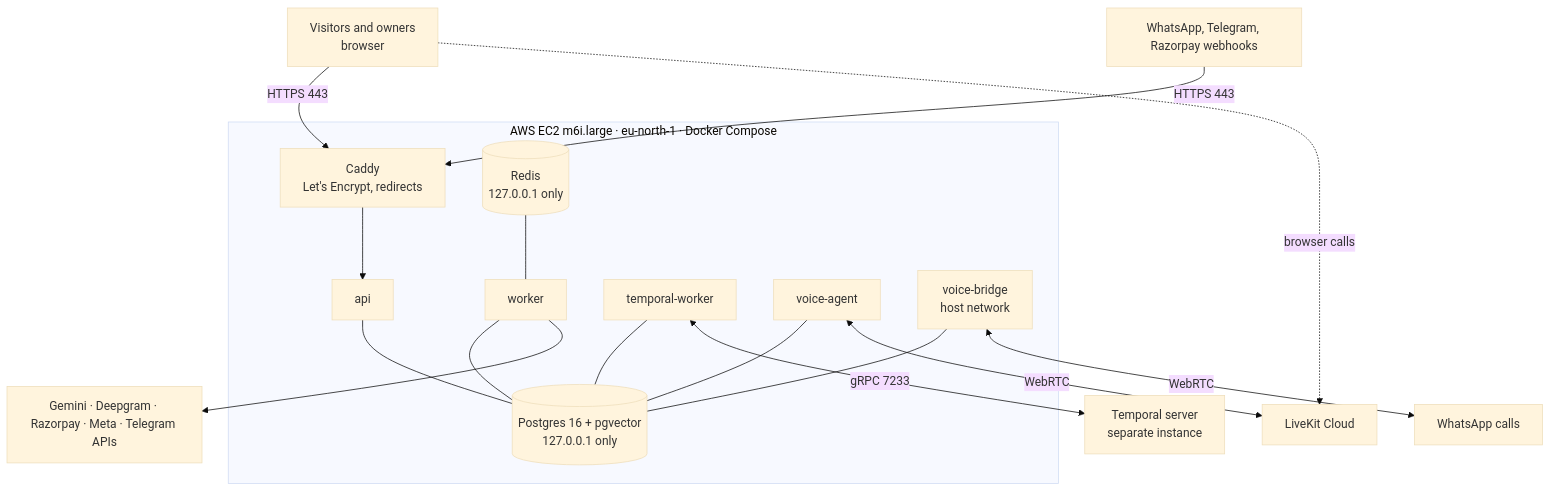
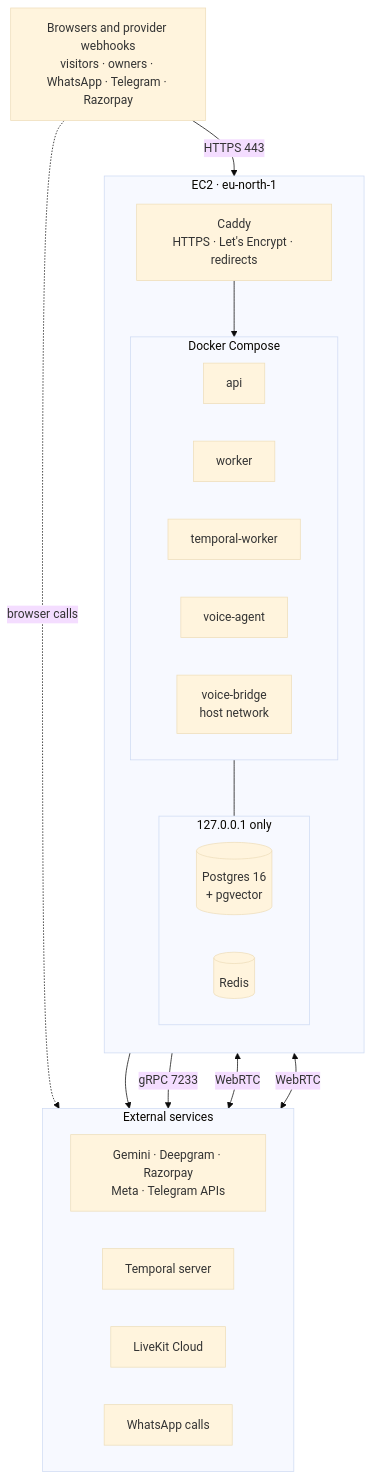
One commit to taha-sadikot-m/Reflexo.holoncode.in changed the diagram in docs/DEPLOYMENT.md. Above: the diagram before and after it, drawn with Mermaid (base theme). The commit also changed 2 other files, not shown here.

Commit message:
Docs: voice-and-chat and automation sections; clearer, validated diagrams

````diff
--- a/docs/DEPLOYMENT.md
+++ b/docs/DEPLOYMENT.md
@@ -7,19 +7,36 @@
 ```mermaid
 flowchart TB
-    U[Visitors and owners<br/>browser] -->|HTTPS 443| CADDY
-    P[WhatsApp, Telegram, Razorpay webhooks] -->|HTTPS 443| CADDY
-    subgraph EC2[AWS EC2 m6i.large · eu-north-1 · Docker Compose]
-      CADDY[Caddy<br/>Let's Encrypt, redirects] --> API[api]
-      API --- PG[(Postgres 16 + pgvector<br/>127.0.0.1 only)]
-      W[worker] --- PG
-      TW[temporal-worker] --- PG
-      VA[voice-agent] --- PG
-      BR[voice-bridge<br/>host network] --- PG
-      REDIS[(Redis<br/>127.0.0.1 only)] --- W
+    U["Browsers and provider webhooks<br/>visitors · owners · WhatsApp · Telegram · Razorpay"]
+    subgraph EC2["EC2 · eu-north-1"]
+        direction TB
+        CADDY["Caddy<br/>HTTPS · Let's Encrypt · redirects"]
+        subgraph APP["Docker Compose"]
+            direction LR
+            API["api"]
+            W["worker"]
+            TW["temporal-worker"]
+            VA["voice-agent"]
+            BR["voice-bridge<br/>host network"]
+        end
+        subgraph DATA["127.0.0.1 only"]
+            direction LR
+            PG[("Postgres 16<br/>+ pgvector")]
+            R[("Redis")]
+        end
     end
-    TW <-->|gRPC 7233| T[Temporal server<br/>separate instance]
-    VA <-->|WebRTC| LK[LiveKit Cloud]
-    U -. browser calls .-> LK
-    BR <-->|WebRTC| META[WhatsApp calls]
-    W --> AI[Gemini · Deepgram · Razorpay · Meta · Telegram APIs]
+    subgraph EXT["External services"]
+        direction LR
+        AI["Gemini · Deepgram · Razorpay<br/>Meta · Telegram APIs"]
+        T["Temporal server"]
+        LK["LiveKit Cloud"]
+        META["WhatsApp calls"]
+    end
+    U -- "HTTPS 443" --> CADDY
+    CADDY --> API
+    APP --- DATA
+    W --> AI
+    TW -- "gRPC 7233" --> T
+    VA <-- "WebRTC" --> LK
+    BR <-- "WebRTC" --> META
+    U -. "browser calls" .-> LK
 ```
````
